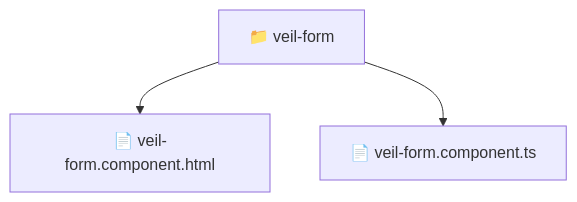
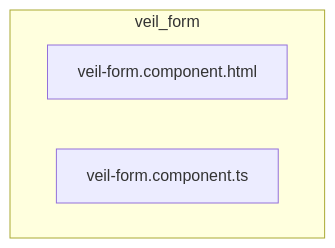
Before and after one commit to beginwebdev2002/fullstack-mavluda: the diagram in frontend/src/pages/veil/ui/veil-form/README.md, drawn with Mermaid. The commit also changed other lines of this file and 163 other files, not shown here.

````diff
--- a/frontend/src/pages/veil/ui/veil-form/README.md
+++ b/frontend/src/pages/veil/ui/veil-form/README.md
@@ -11,6 +15,7 @@
 ```mermaid
 graph TD
-  Root["📁 veil-form"]
-  Root --> veil_form_component_html["📄 veil-form.component.html"]
-  Root --> veil_form_component_ts["📄 veil-form.component.ts"]
+  subgraph veil_form
+    veil_form_component_html["veil-form.component.html"]
+    veil_form_component_ts["veil-form.component.ts"]
+  end
 ```
````
